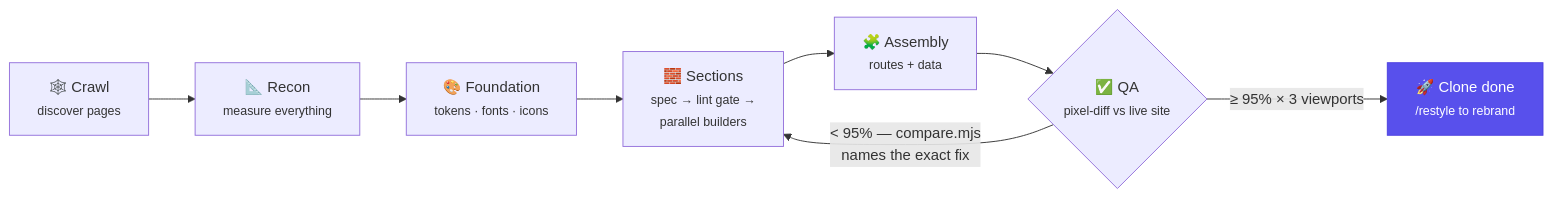
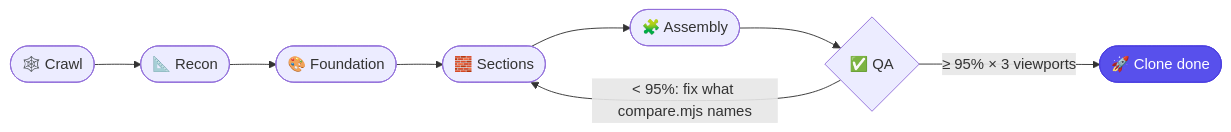
The diagram in README.md (Mahanaicoach/ai-site-cloner), drawn with Mermaid before and after one commit.

Commit message:
docs(readme): single-line mermaid nodes — GitHub's renderer clipped multi-line labels
Stadium pills with short labels; phase detail lives in the table right below.
Validated headlessly at securityLevel strict before pushing.

````diff
--- a/README.md
+++ b/README.md
@@ -70,11 +70,11 @@
 ```mermaid
 flowchart LR
-    A["🕸️ Crawl<br/><small>discover pages</small>"] --> B["📐 Recon<br/><small>measure everything</small>"]
-    B --> C["🎨 Foundation<br/><small>tokens · fonts · icons</small>"]
-    C --> D["🧱 Sections<br/><small>spec → lint gate →<br/>parallel builders</small>"]
-    D --> E["🧩 Assembly<br/><small>routes + data</small>"]
-    E --> F{"✅ QA<br/><small>pixel-diff vs live site</small>"}
-    F -- "&lt; 95% — compare.mjs<br/>names the exact fix" --> D
-    F -- "≥ 95% × 3 viewports" --> G["🚀 Clone done<br/><small>/restyle to rebrand</small>"]
+    A(["🕸️ Crawl"]) --> B(["📐 Recon"])
+    B --> C(["🎨 Foundation"])
+    C --> D(["🧱 Sections"])
+    D --> E(["🧩 Assembly"])
+    E --> F{"✅ QA"}
+    F -- "&lt; 95%: fix what compare.mjs names" --> D
+    F -- "≥ 95% × 3 viewports" --> G(["🚀 Clone done"])
     style G fill:#5850ec,color:#fff,stroke:#4c3fe0
 ```
````
